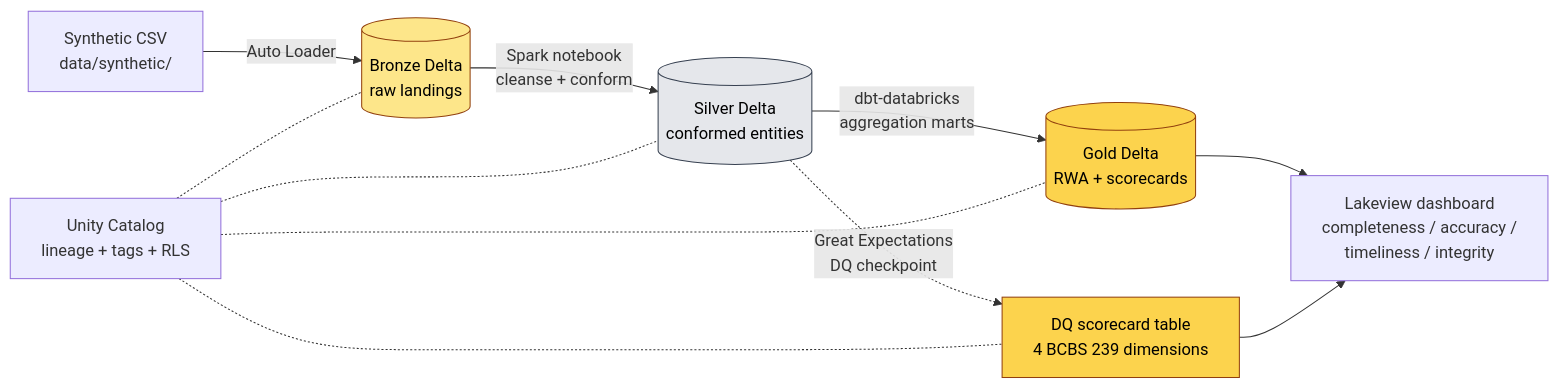
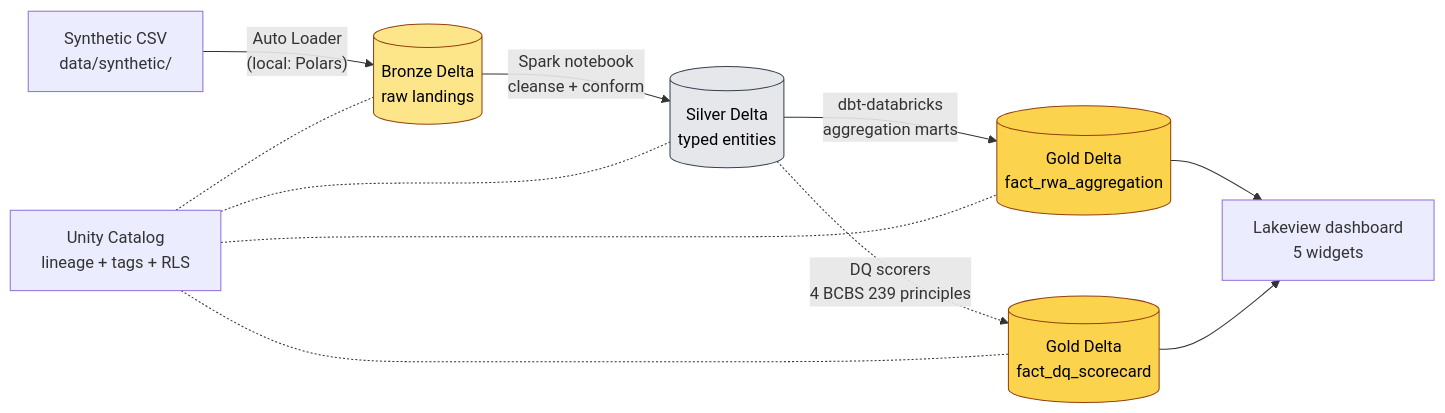
Before and after one commit to soneeee22000/bcbs239-lakehouse: the diagram in README.md, drawn with Mermaid. The commit also changed other lines of this file and 9 other files, not shown here.

First line of the commit message:
feat(databricks,docs): UC provisioner + Lakeview publisher + portability docs

````diff
--- a/README.md
+++ b/README.md
@@ -19,22 +21,21 @@
 ```mermaid
 flowchart LR
-    A["Synthetic CSV<br/>data/synthetic/"] -->|"Auto Loader"| B[("Bronze Delta<br/>raw landings")]
-    B -->|"Spark notebook<br/>cleanse + conform"| C[("Silver Delta<br/>conformed entities")]
-    C -->|"dbt-databricks<br/>aggregation marts"| D[("Gold Delta<br/>RWA + scorecards")]
-
-    C -.->|"Great Expectations<br/>DQ checkpoint"| E["DQ scorecard table<br/>4 BCBS 239 dimensions"]
-    D --> F["Lakeview dashboard<br/>completeness / accuracy /<br/>timeliness / integrity"]
+    A["Synthetic CSV<br/>data/synthetic/"] -->|"Auto Loader<br/>(local: Polars)"| B[("Bronze Delta<br/>raw landings")]
+    B -->|"Spark notebook<br/>cleanse + conform"| C[("Silver Delta<br/>typed entities")]
+    C -->|"dbt-databricks<br/>aggregation marts"| D[("Gold Delta<br/>fact_rwa_aggregation")]
+    C -.->|"DQ scorers<br/>4 BCBS 239 principles"| E[("Gold Delta<br/>fact_dq_scorecard")]
+    D --> F["Lakeview dashboard<br/>5 widgets"]
     E --> F
 
     G["Unity Catalog<br/>lineage + tags + RLS"] -.- B
     G -.- C
     G -.- D
     G -.- E
 
     classDef bronze fill:#fde68a,stroke:#92400e,color:#000
     classDef silver fill:#e5e7eb,stroke:#374151,color:#000
     classDef gold fill:#fcd34d,stroke:#92400e,color:#000
     class B bronze
     class C silver
     class D,E gold
 ```
````
